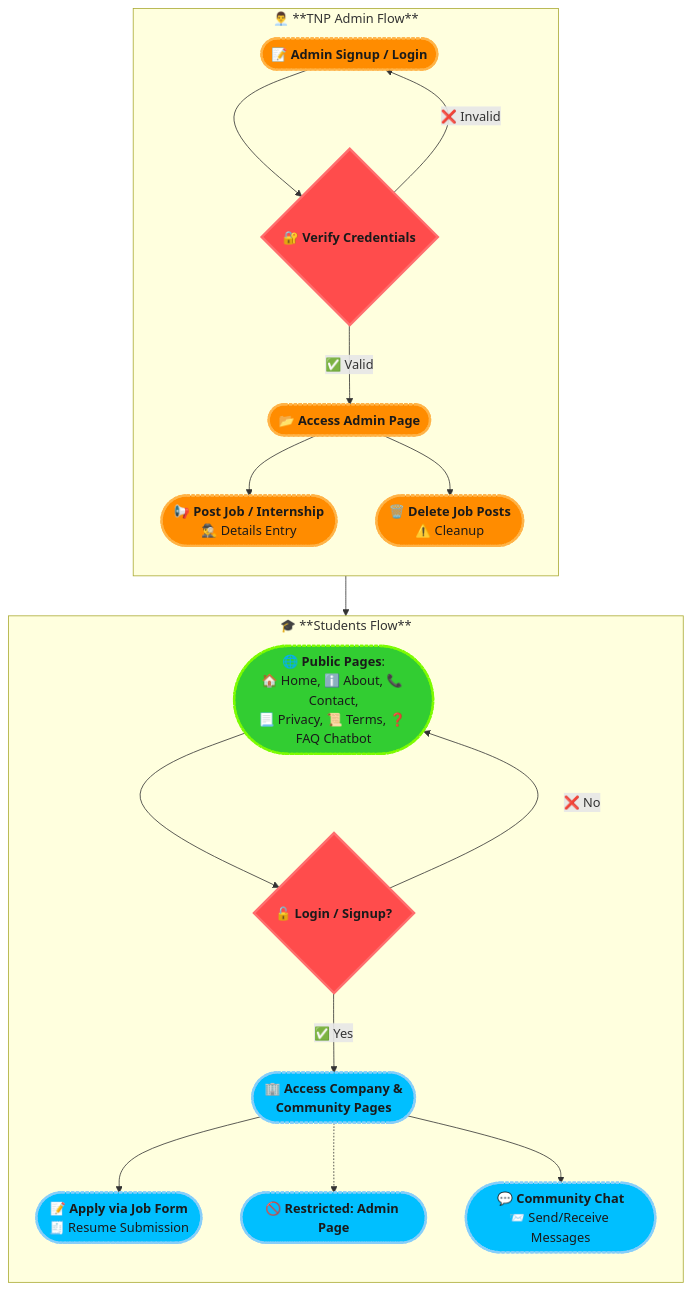
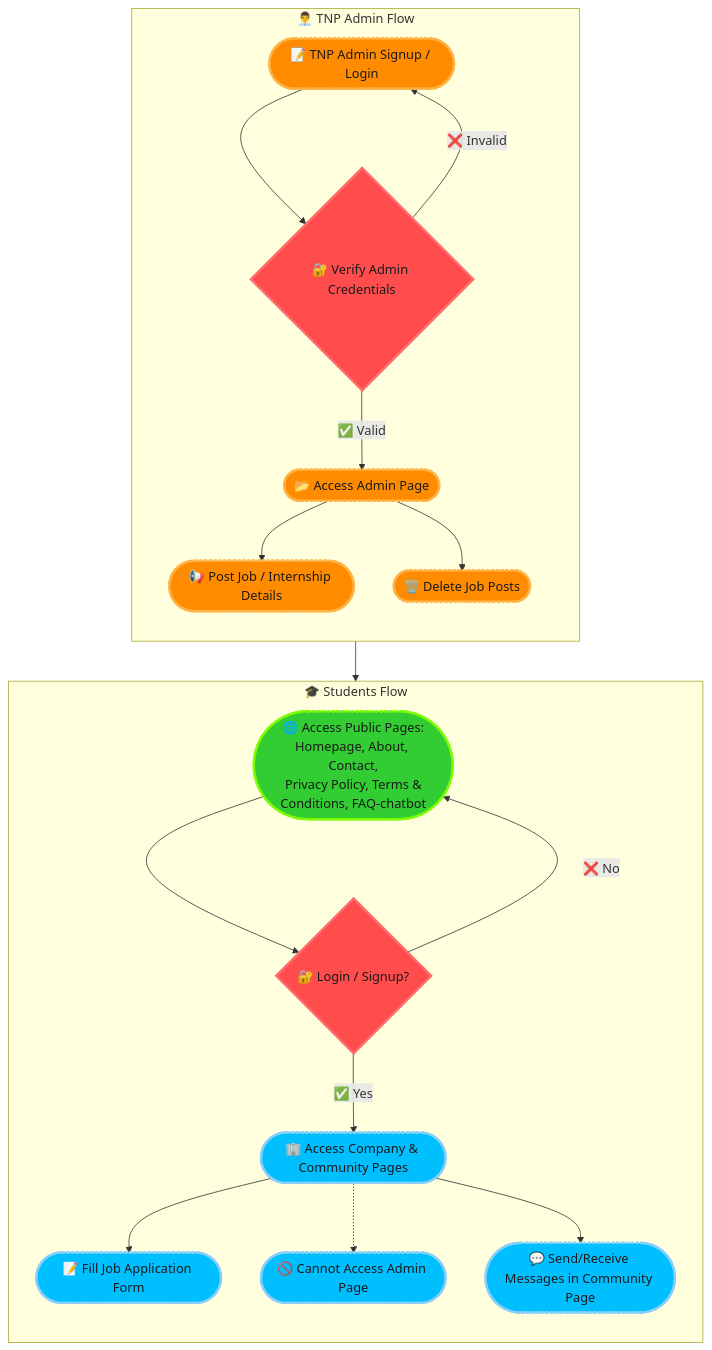
Before and after one commit to deepak-pandey1/BPIT-CareerHub: the diagram in README.md, drawn with Mermaid.

````diff
--- a/README.md
+++ b/README.md
@@ -9,34 +9,35 @@
 ```mermaid
 graph TD
-    %% Define styles
+    %% Define styles for dark theme with rounded corners and subtle shadows
     classDef adminNode fill:#ff8c00,stroke:#ffb347,stroke-width:3px,color:#1a1a1a,stroke-dasharray:4 2,round
     classDef studentNode fill:#00bfff,stroke:#87cefa,stroke-width:3px,color:#1a1a1a,stroke-dasharray:4 2,round
     classDef publicNode fill:#32cd32,stroke:#7cfc00,stroke-width:3px,color:#1a1a1a,stroke-dasharray:4 2,round
     classDef decisionNode fill:#ff4c4c,stroke:#ff6e6e,stroke-width:3px,color:#1a1a1a
 
     %% TNP Admin Flow
-    subgraph TNP_Admin["👨‍💼 **TNP Admin Flow**"]
+    subgraph TNP_Admin["👨‍💼 TNP Admin Flow"]
         direction TB
-        A1([📝 <b>Admin Signup / Login</b>]):::adminNode --> B1{🔐 <b>Verify Credentials</b>}:::decisionNode
-        B1 -->|✅ Valid| C1([📂 <b>Access Admin Page</b>]):::adminNode
+        A1([📝 TNP Admin Signup / Login]):::adminNode --> B1{🔐 Verify Admin Credentials}:::decisionNode
+        B1 -->|✅ Valid| C1([📂 Access Admin Page]):::adminNode
         B1 -->|❌ Invalid| A1
-        C1 --> D1([📢 <b>Post Job / Internship</b><br>🕵️‍♂️ Details Entry]):::adminNode
-        C1 --> E1([🗑️ <b>Delete Job Posts</b><br>⚠️ Cleanup]):::adminNode
+        C1 --> D1([📢 Post Job / Internship Details]):::adminNode
+        C1 --> E1([🗑️ Delete Job Posts]):::adminNode
     end
 
     %% Students Flow
-    subgraph Students["🎓 **Students Flow**"]
+    subgraph Students["🎓 Students Flow"]
         direction TB
-        F1([🌐 <b>Public Pages</b>:<br>🏠 Home, ℹ️ About, 📞 Contact,<br>📃 Privacy, 📜 Terms, ❓ FAQ Chatbot]):::publicNode --> G1{🔓 <b>Login / Signup?</b>}:::decisionNode
-        G1 -->|✅ Yes| H1([🏢 <b>Access Company &<br>Community Pages</b>]):::studentNode
+        F1([🌐 Access Public Pages:<br>Homepage, About, Contact,<br> Privacy Policy, Terms & Conditions, FAQ-chatbot]):::publicNode --> G1{🔐 Login / Signup?}:::decisionNode
+        G1 -->|✅ Yes| H1([🏢 Access Company & Community Pages]):::studentNode
         G1 -->|❌ No| F1
 
-        H1 --> I1([📝 <b>Apply via Job Form</b><br>🧾 Resume Submission]):::studentNode
-        H1 -.-> J1([🚫 <b>Restricted: Admin Page</b>]):::studentNode
+        H1 --> I1([📝 Fill Job Application Form]):::studentNode
+        H1 -.-> J1([🚫 Cannot Access Admin Page]):::studentNode
 
-        H1 --> L1([💬 <b>Community Chat</b><br>📨 Send/Receive Messages]):::studentNode
+        %% Communication in Community Page
+        H1 --> L1([💬 Send/Receive Messages in Community Page]):::studentNode
         C1 --> L1
     end
 
 
 ```
````
